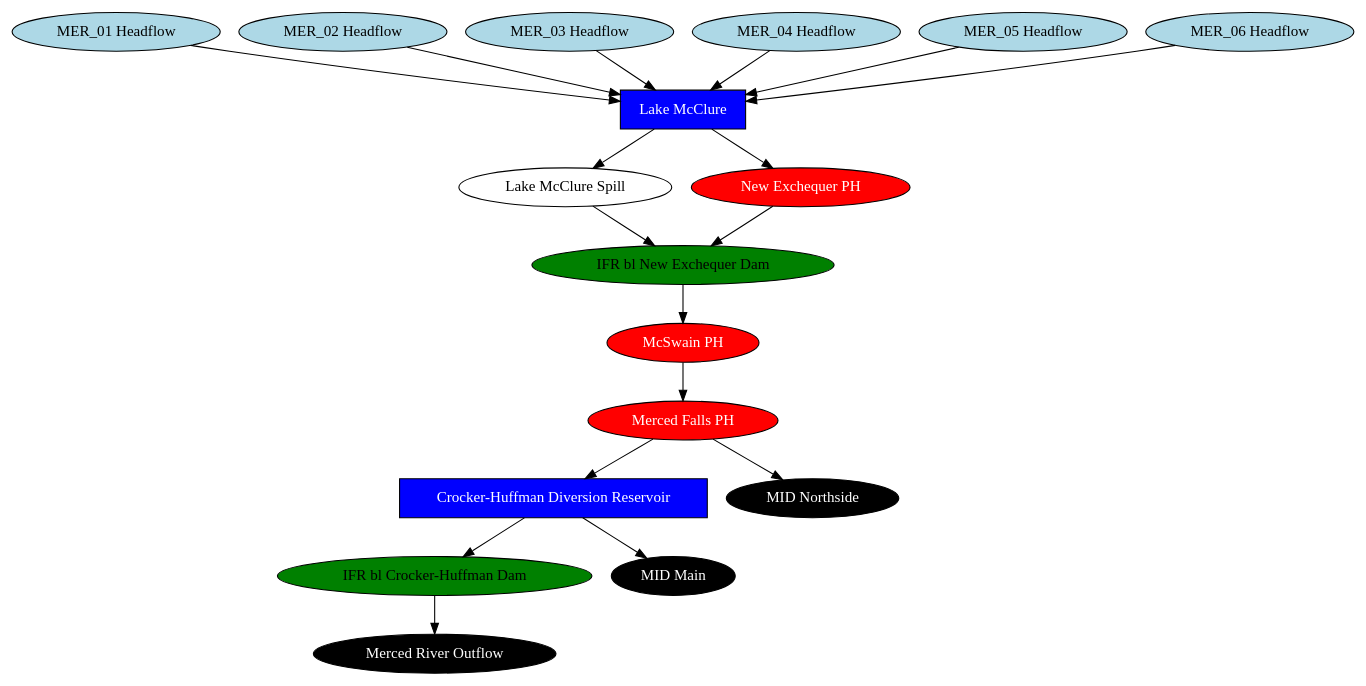
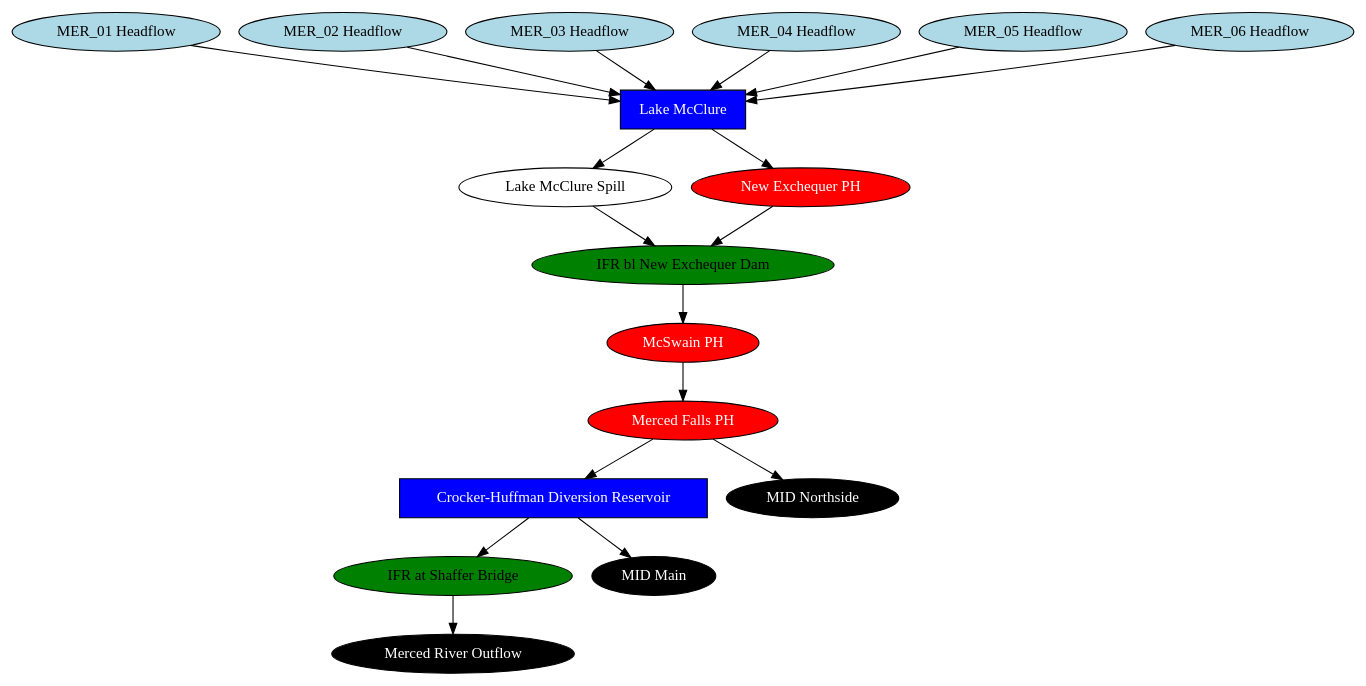
Before and after one commit to vicelab/cen-sierra-pywr: the diagram in schematics/merced_schematic_simplified.gv, drawn with Graphviz. The commit also changed 5 other files, not shown here.

Commit message:
update schematics

```diff
--- a/schematics/merced_schematic_simplified.gv
+++ b/schematics/merced_schematic_simplified.gv
@@ -1,37 +1,37 @@
 // merced
 digraph merced {
 	"IFR bl New Exchequer Dam" [fillcolor=green fontcolor=black shape=oval style=filled]
 	"Crocker-Huffman Diversion Reservoir" [fillcolor=blue fontcolor=white shape=rect style=filled]
 	"Lake McClure" [fillcolor=blue fontcolor=white shape=rect style=filled]
 	"Lake McClure Spill" [fillcolor=white fontcolor=black shape=oval style=filled]
 	"McSwain PH" [fillcolor=red fontcolor=white shape=oval style=filled]
 	"Merced Falls PH" [fillcolor=red fontcolor=white shape=oval style=filled]
-	"IFR bl Crocker-Huffman Dam" [fillcolor=green fontcolor=black shape=oval style=filled]
+	"IFR at Shaffer Bridge" [fillcolor=green fontcolor=black shape=oval style=filled]
 	"Merced River Outflow" [fillcolor=black fontcolor=white shape=oval style=filled]
 	"MER_01 Headflow" [fillcolor=lightblue fontcolor=black shape=oval style=filled]
 	"MER_02 Headflow" [fillcolor=lightblue fontcolor=black shape=oval style=filled]
 	"MER_03 Headflow" [fillcolor=lightblue fontcolor=black shape=oval style=filled]
 	"MER_04 Headflow" [fillcolor=lightblue fontcolor=black shape=oval style=filled]
 	"MER_05 Headflow" [fillcolor=lightblue fontcolor=black shape=oval style=filled]
 	"MER_06 Headflow" [fillcolor=lightblue fontcolor=black shape=oval style=filled]
 	"MID Main" [fillcolor=black fontcolor=white shape=oval style=filled]
 	"MID Northside" [fillcolor=black fontcolor=white shape=oval style=filled]
 	"New Exchequer PH" [fillcolor=red fontcolor=white shape=oval style=filled]
 	"Lake McClure" -> "Lake McClure Spill"
 	"Lake McClure" -> "New Exchequer PH"
 	"Crocker-Huffman Diversion Reservoir" -> "MID Main"
-	"Crocker-Huffman Diversion Reservoir" -> "IFR bl Crocker-Huffman Dam"
+	"Crocker-Huffman Diversion Reservoir" -> "IFR at Shaffer Bridge"
 	"Merced Falls PH" -> "MID Northside"
 	"Lake McClure Spill" -> "IFR bl New Exchequer Dam"
 	"New Exchequer PH" -> "IFR bl New Exchequer Dam"
 	"Merced Falls PH" -> "Crocker-Huffman Diversion Reservoir"
 	"IFR bl New Exchequer Dam" -> "McSwain PH"
 	"McSwain PH" -> "Merced Falls PH"
 	"MER_01 Headflow" -> "Lake McClure"
 	"MER_02 Headflow" -> "Lake McClure"
 	"MER_03 Headflow" -> "Lake McClure"
-	"IFR bl Crocker-Huffman Dam" -> "Merced River Outflow"
+	"IFR at Shaffer Bridge" -> "Merced River Outflow"
 	"MER_04 Headflow" -> "Lake McClure"
 	"MER_05 Headflow" -> "Lake McClure"
 	"MER_06 Headflow" -> "Lake McClure"
 }
```
